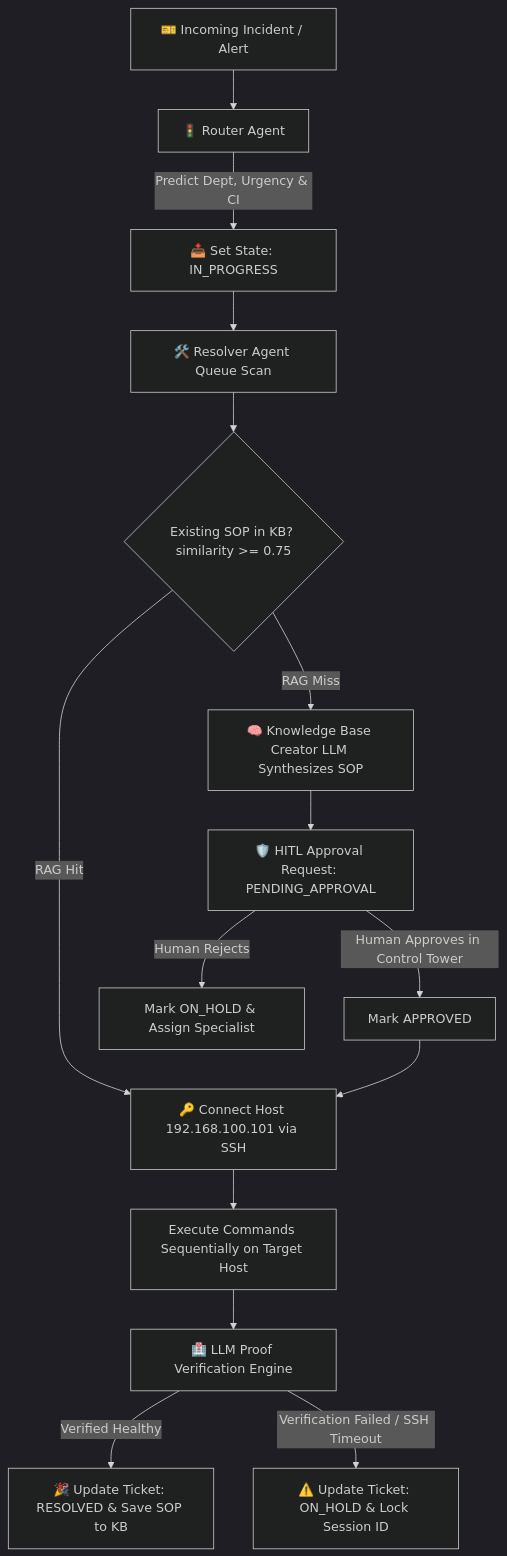
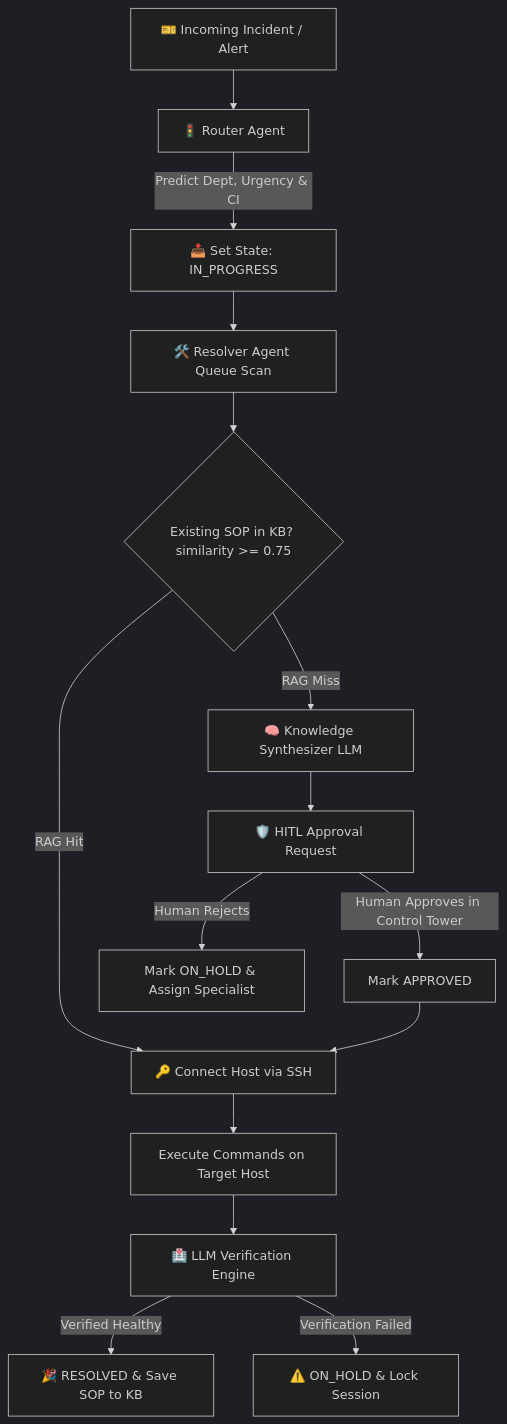
The diagram in README.md (Venuvgp19/ITSM-Agentic), drawn with Mermaid (dark theme) before and after one commit. The commit also changed other lines of this file, not shown here.

````diff
--- a/README.md
+++ b/README.md
@@ -15,21 +15,21 @@
 ```mermaid
 flowchart TD
     A[🎫 Incoming Incident / Alert] --> B[🚦 Router Agent]
     B -->|Predict Dept, Urgency & CI| C[📥 Set State: IN_PROGRESS]
     C --> D[🛠️ Resolver Agent Queue Scan]
     
     D --> E{Existing SOP in KB? similarity >= 0.75}
-    E -->|RAG Hit| F[🔑 Connect Host 192.168.100.101 via SSH]
-    E -->|RAG Miss| G[🧠 Knowledge Base Creator LLM Synthesizes SOP]
+    E -->|RAG Hit| F[🔑 Connect Host via SSH]
+    E -->|RAG Miss| G[🧠 Knowledge Synthesizer LLM]
     
-    G --> H[🛡️ HITL Approval Request: PENDING_APPROVAL]
+    G --> H[🛡️ HITL Approval Request]
     H -->|Human Approves in Control Tower| I[Mark APPROVED]
     H -->|Human Rejects| J[Mark ON_HOLD & Assign Specialist]
     
     I --> F
-    F --> K[Execute Commands Sequentially on Target Host]
-    K --> L[🏥 LLM Proof Verification Engine]
+    F --> K[Execute Commands on Target Host]
+    K --> L[🏥 LLM Verification Engine]
     
-    L -->|Verified Healthy| M[🎉 Update Ticket: RESOLVED & Save SOP to KB]
-    L -->|Verification Failed / SSH Timeout| N[⚠️ Update Ticket: ON_HOLD & Lock Session ID]
+    L -->|Verified Healthy| M[🎉 RESOLVED & Save SOP to KB]
+    L -->|Verification Failed| N[⚠️ ON_HOLD & Lock Session]
 ```
````
